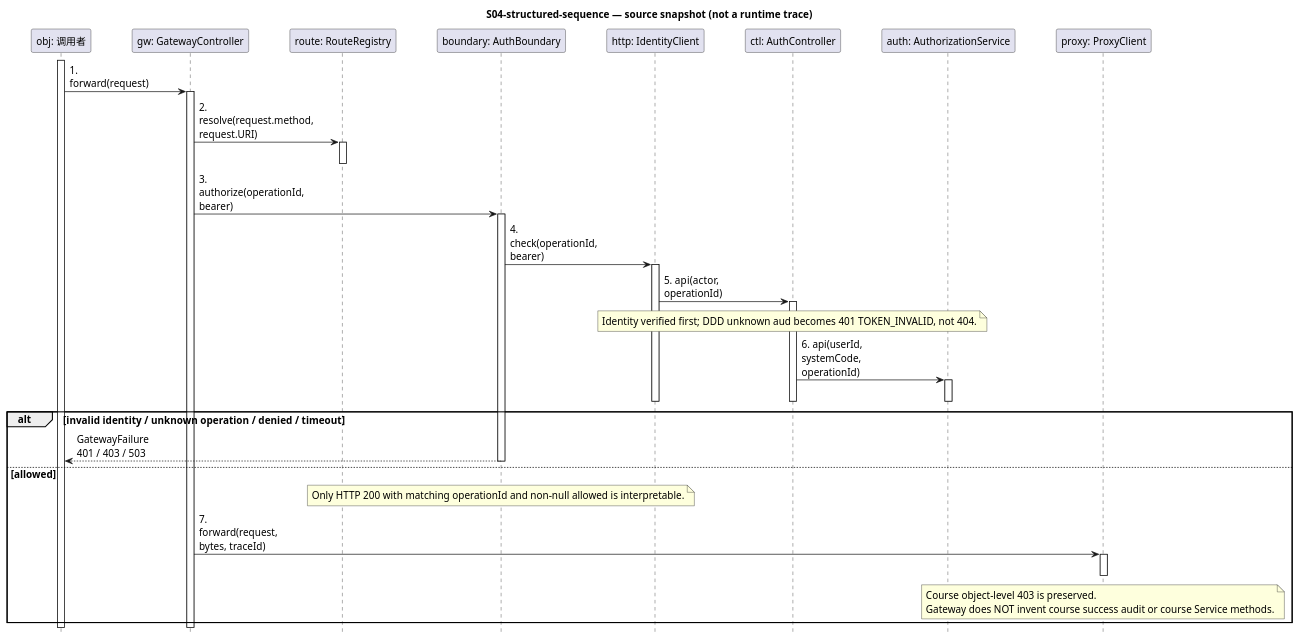
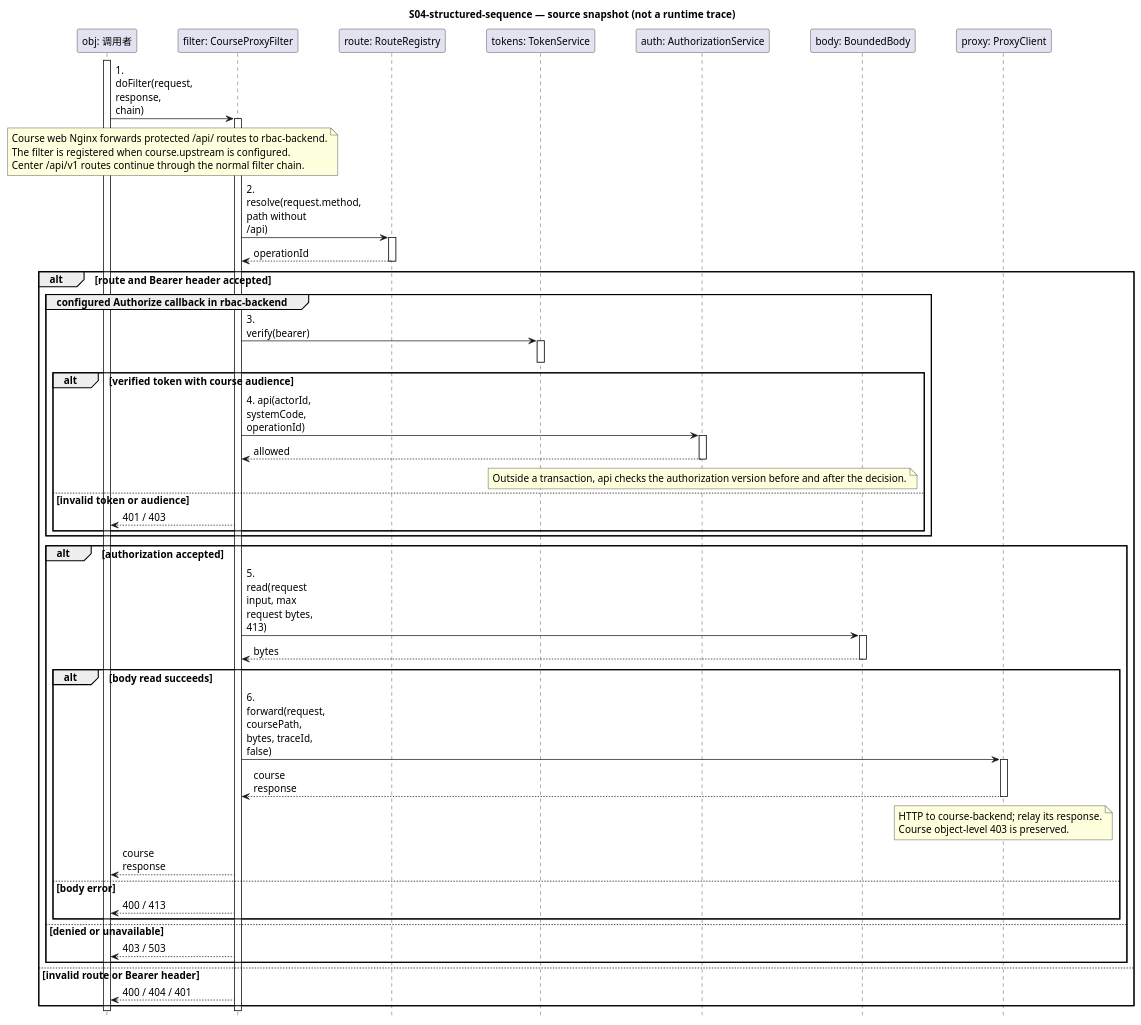
Before and after one commit to tang-new/OOAD: the diagram in docs/design/S04-structured-sequence.puml, drawn with PlantUML. The commit also changed 44 other files, not shown here.

Commit message:
fix: resolve D authorization review findings

```diff
--- a/docs/design/S04-structured-sequence.puml
+++ b/docs/design/S04-structured-sequence.puml
@@ -1,55 +1,72 @@
 @startuml
 hide footbox
 skinparam defaultFontName Microsoft YaHei
 skinparam defaultFontSize 14
 skinparam ParticipantPadding 24
 skinparam BoxPadding 12
 skinparam sequenceMessageAlign left
 skinparam maxMessageSize 100
 title S04-structured-sequence — source snapshot (not a runtime trace)
 participant "obj: 调用者" as obj
-participant "gw: GatewayController" as gw
+participant "filter: CourseProxyFilter" as filter
 participant "route: RouteRegistry" as route
-participant "boundary: AuthBoundary" as boundary
-participant "http: IdentityClient" as http
-participant "ctl: AuthController" as ctl
+participant "tokens: TokenService" as tokens
 participant "auth: AuthorizationService" as auth
+participant "body: BoundedBody" as body
 participant "proxy: ProxyClient" as proxy
 activate obj
-obj -> gw: 1. forward(request)
-activate gw
-gw -> route: 2. resolve(request.method, request.URI)
+obj -> filter: 1. doFilter(request, response, chain)
+activate filter
+note over obj,filter
+Course web Nginx forwards protected /api/ routes to rbac-backend.
+The filter is registered when course.upstream is configured.
+Center /api/v1 routes continue through the normal filter chain.
+end note
+filter -> route: 2. resolve(request.method, path without /api)
 activate route
+route --> filter: operationId
 deactivate route
-gw -> boundary: 3. authorize(operationId, bearer)
-activate boundary
-boundary -> http: 4. check(operationId, bearer)
-activate http
-http -> ctl: 5. api(actor, operationId)
-activate ctl
-note over ctl
-Identity verified first; DDD unknown aud becomes 401 TOKEN_INVALID, not 404.
+alt route and Bearer header accepted
+group configured Authorize callback in rbac-backend
+filter -> tokens: 3. verify(bearer)
+activate tokens
+deactivate tokens
+alt verified token with course audience
+filter -> auth: 4. api(actorId, systemCode, operationId)
+activate auth
+auth --> filter: allowed
+deactivate auth
+note over auth
+Outside a transaction, api checks the authorization version before and after the decision.
 end note
-ctl -> auth: 6. api(userId, systemCode, operationId)
-activate auth
-deactivate auth
-deactivate ctl
-deactivate http
-alt invalid identity / unknown operation / denied / timeout
-boundary --> obj: GatewayFailure 401 / 403 / 503
-else allowed
-note over boundary
-Only HTTP 200 with matching operationId and non-null allowed is interpretable.
-end note
-deactivate boundary
-gw -> proxy: 7. forward(request, bytes, traceId)
+else invalid token or audience
+filter --> obj: 401 / 403
+end
+end
+alt authorization accepted
+filter -> body: 5. read(request input, max request bytes, 413)
+activate body
+body --> filter: bytes
+deactivate body
+alt body read succeeds
+filter -> proxy: 6. forward(request, coursePath, bytes, traceId, false)
 activate proxy
+proxy --> filter: course response
 deactivate proxy
 note over proxy
+HTTP to course-backend; relay its response.
 Course object-level 403 is preserved.
-Gateway does NOT invent course success audit or course Service methods.
 end note
+filter --> obj: course response
+else body error
+filter --> obj: 400 / 413
 end
-deactivate gw
+else denied or unavailable
+filter --> obj: 403 / 503
+end
+else invalid route or Bearer header
+filter --> obj: 400 / 404 / 401
+end
+deactivate filter
 deactivate obj
 @enduml
```
